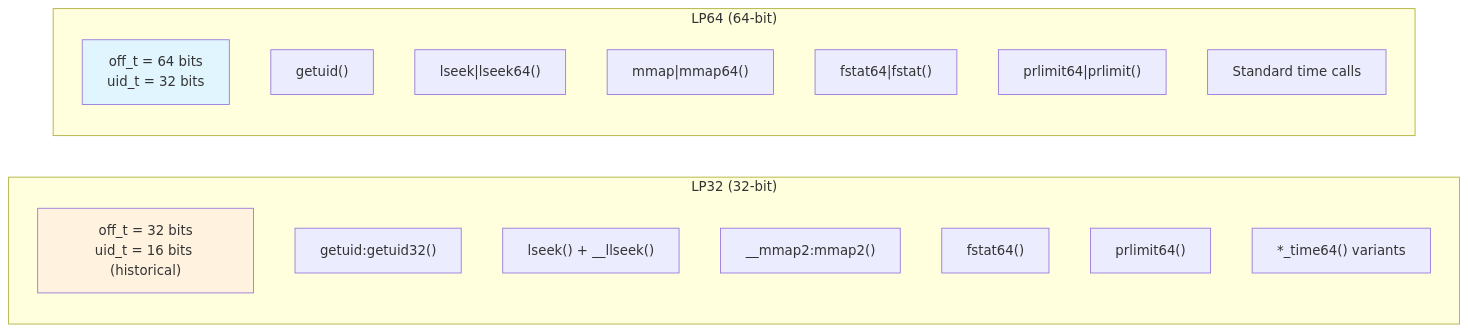
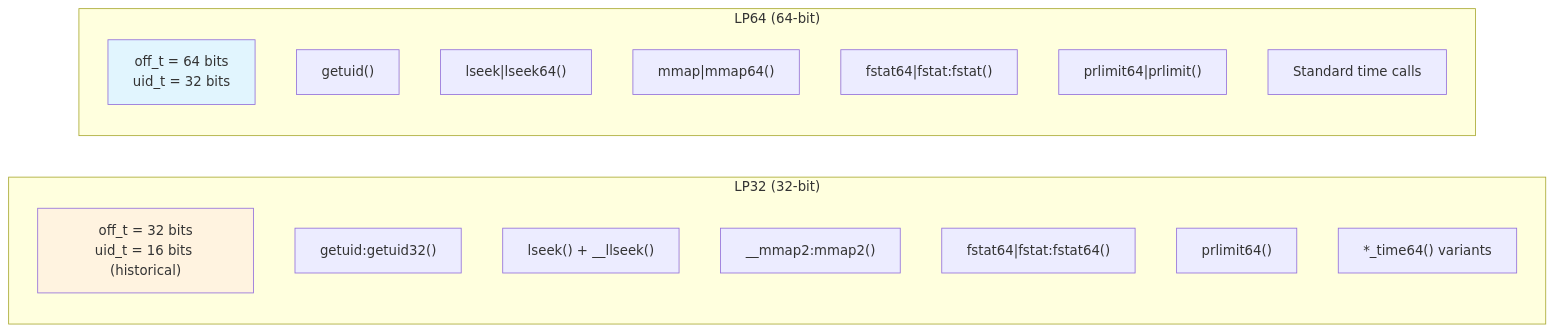
The fourth of 18 diagrams in 07-bionic-and-linker.md (aospbooks/aosp-internal-book), drawn with Mermaid before and after one commit. The commit also changed other lines of this file and 218 other files, not shown here.

````diff
--- a/07-bionic-and-linker.md
+++ b/07-bionic-and-linker.md
@@ -772,25 +816,25 @@
 ```mermaid
 graph LR
     subgraph "LP32 (32-bit)"
         A1["off_t = 32 bits<br/>uid_t = 16 bits (historical)"]
         A2["getuid:getuid32()"]
         A3["lseek() + __llseek()"]
         A4["__mmap2:mmap2()"]
-        A5["fstat64()"]
+        A5["fstat64|fstat:fstat64()"]
         A6["prlimit64()"]
         A7["*_time64() variants"]
     end
 
     subgraph "LP64 (64-bit)"
         B1["off_t = 64 bits<br/>uid_t = 32 bits"]
         B2["getuid()"]
         B3["lseek|lseek64()"]
         B4["mmap|mmap64()"]
-        B5["fstat64|fstat()"]
+        B5["fstat64|fstat:fstat()"]
         B6["prlimit64|prlimit()"]
         B7["Standard time calls"]
     end
 
     style A1 fill:#fff3e0
     style B1 fill:#e1f5fe
 ```
````
